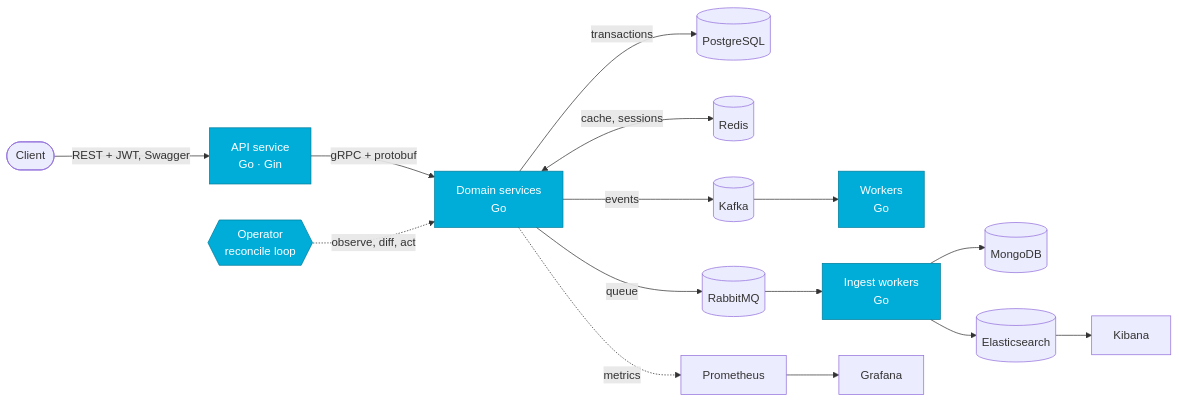
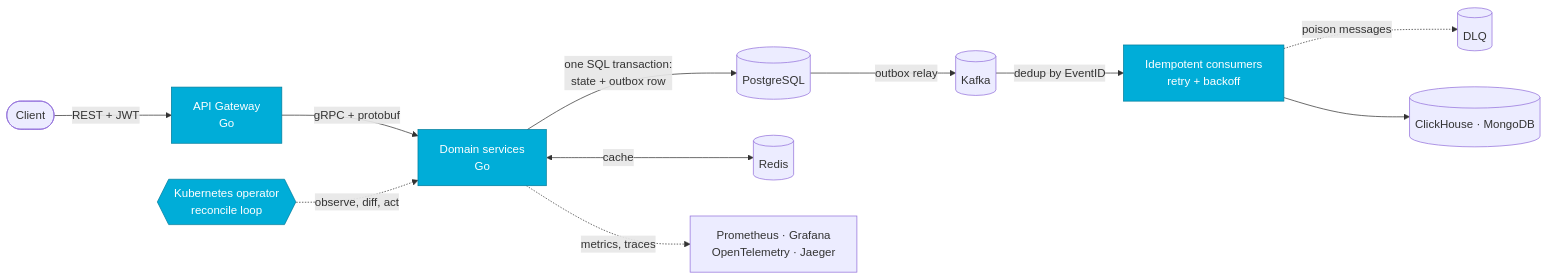
Before and after one commit to kiryshabutor/kiryshabutor: the diagram in README.md, drawn with Mermaid. The commit also changed other lines of this file, not shown here.

````diff
--- a/README.md
+++ b/README.md
@@ -56,19 +52,16 @@
 ```mermaid
 flowchart LR
-    U([Client]) -->|REST + JWT, Swagger| API[API service<br/>Go · Gin]
-    API -->|gRPC + protobuf| SVC[Domain services<br/>Go]
-    SVC -->|transactions| PG[(PostgreSQL)]
-    SVC <-->|cache, sessions| R[(Redis)]
-    SVC -->|events| K[(Kafka)]
-    K --> W[Workers<br/>Go]
-    SVC -->|queue| MQ[(RabbitMQ)]
-    MQ --> ING[Ingest workers<br/>Go]
-    ING --> M[(MongoDB)]
-    ING --> ES[(Elasticsearch)]
-    ES --> KB[Kibana]
-    SVC -.->|metrics| PR[Prometheus] --> GF[Grafana]
-    OP{{Operator<br/>reconcile loop}} -.->|observe, diff, act| SVC
+    U([Client]) -->|REST + JWT| GW[API Gateway<br/>Go]
+    GW -->|gRPC + protobuf| SVC[Domain services<br/>Go]
+    SVC -->|one SQL transaction:<br/>state + outbox row| PG[(PostgreSQL)]
+    PG -->|outbox relay| K[(Kafka)]
+    K -->|dedup by EventID| C[Idempotent consumers<br/>retry + backoff]
+    C -.->|poison messages| DLQ[(DLQ)]
+    C --> AN[(ClickHouse · MongoDB)]
+    SVC <-->|cache| R[(Redis)]
+    SVC -.->|metrics, traces| OBS[Prometheus · Grafana<br/>OpenTelemetry · Jaeger]
+    OP{{Kubernetes operator<br/>reconcile loop}} -.->|observe, diff, act| SVC
 
     classDef go fill:#00add8,stroke:#007d9c,color:#fff;
-    class API,SVC,W,ING,OP go;
+    class GW,SVC,C,OP go;
 ```
````
